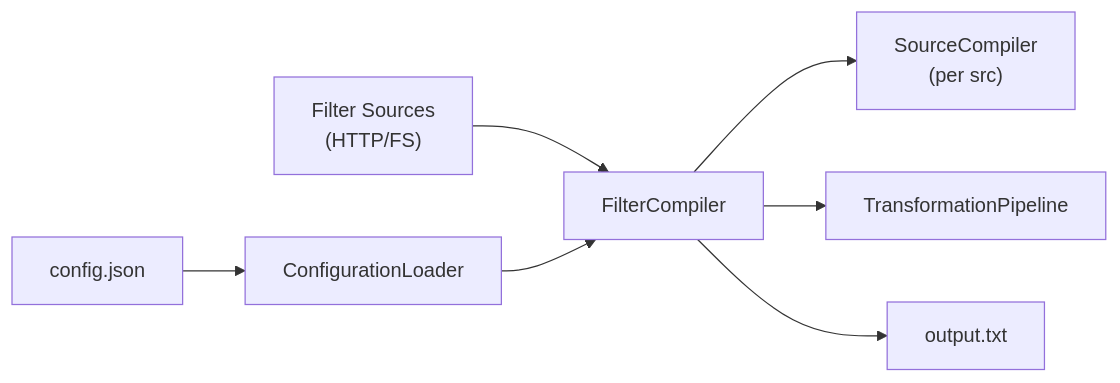
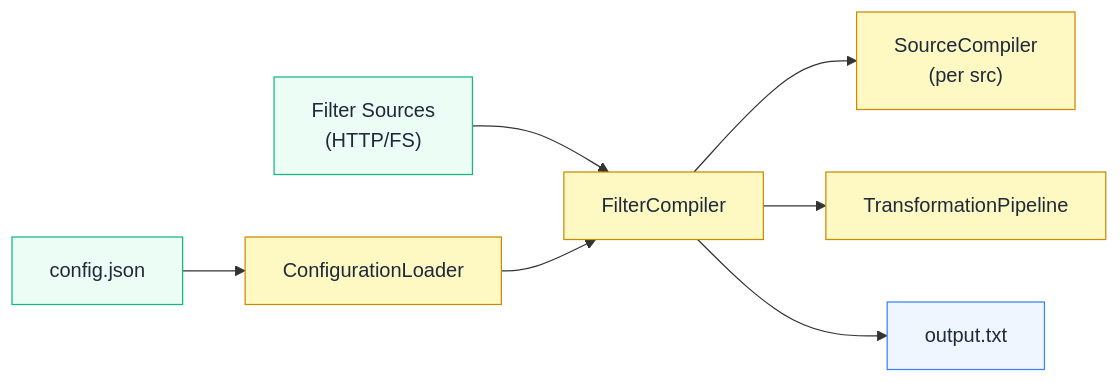
One commit to jaypatrick/adblock-compiler changed diagram 16 of 19 in docs/development/ARCHITECTURE.md. Above: the diagram before and after it, drawn with Mermaid. The commit also changed other lines of this file, not shown here.

Commit message:
docs: update ARCHITECTURE.md with current architecture and color-coded diagrams

````diff
--- a/docs/development/ARCHITECTURE.md
+++ b/docs/development/ARCHITECTURE.md
@@ -579,9 +771,12 @@
 ```mermaid
 flowchart LR
-    CFG["config.json"] --> CL["ConfigurationLoader"]
-    FS["Filter Sources\n(HTTP/FS)"] --> FC
-    CL --> FC["FilterCompiler"]
-    FC --> SC["SourceCompiler\n(per src)"]
-    FC --> TP["TransformationPipeline"]
-    FC --> OUT["output.txt"]
+    classDef input fill:#ecfdf5,stroke:#10b981,color:#1e293b
+    classDef core fill:#fef9c3,stroke:#ca8a04,color:#1e293b
+    classDef output fill:#eff6ff,stroke:#3b82f6,color:#1e293b
+    CFG["config.json"]:::input --> CL["ConfigurationLoader"]:::core
+    FS["Filter Sources\n(HTTP/FS)"]:::input --> FC
+    CL --> FC["FilterCompiler"]:::core
+    FC --> SC["SourceCompiler\n(per src)"]:::core
+    FC --> TP["TransformationPipeline"]:::core
+    FC --> OUT["output.txt"]:::output
 ```
````
